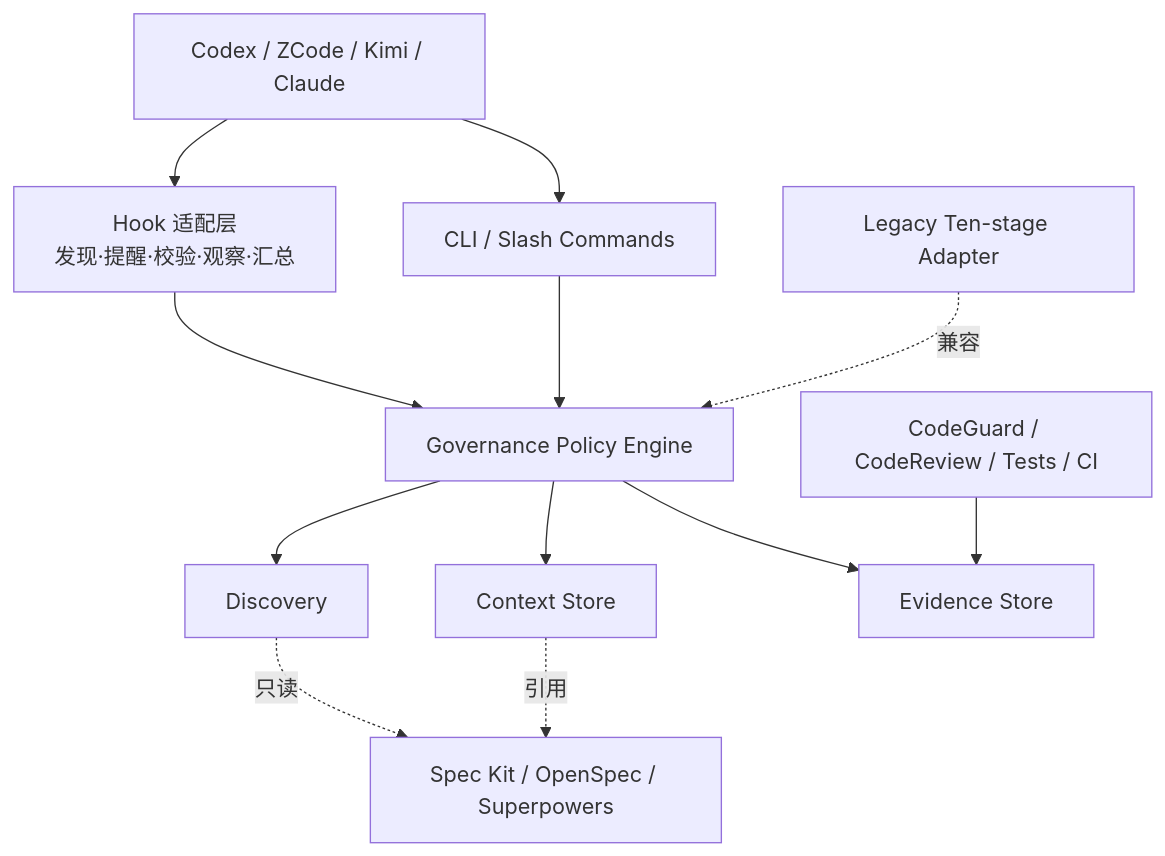
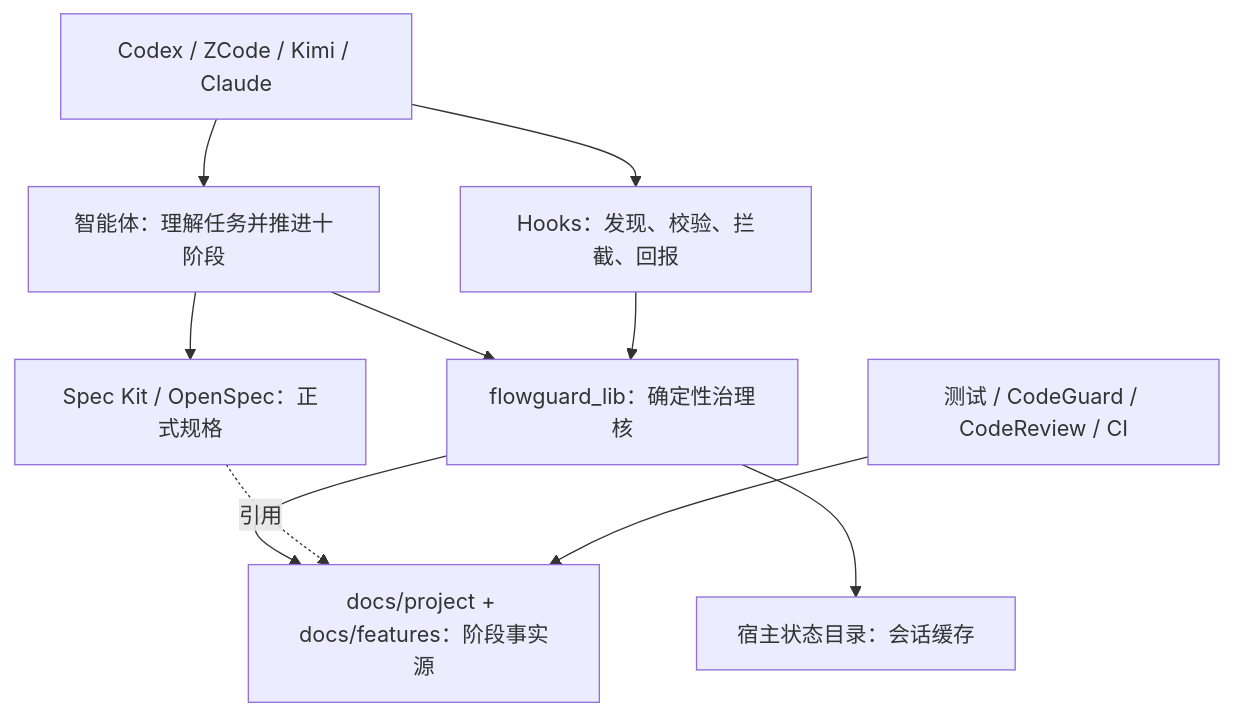
One commit to full-stack-plugins/flowguard-plugin changed the first of 2 diagrams in docs/FlowGuard-Architecture.zh_CN.md. Above: the diagram before and after it, drawn with Mermaid. The commit also changed other lines of this file and 99 other files, not shown here.

First line of the commit message:
feat(flowguard): 十阶段文档治理与可信门禁收敛

````diff
--- a/docs/FlowGuard-Architecture.zh_CN.md
+++ b/docs/FlowGuard-Architecture.zh_CN.md
@@ -56,25 +29,20 @@
 ```mermaid
 flowchart TB
     Host[Codex / ZCode / Kimi / Claude]
-    Hooks[Hook 适配层<br/>发现·提醒·校验·观察·汇总]
-    CLI[CLI / Slash Commands]
-    Policy[Governance Policy Engine]
-    Discovery[Discovery]
-    Context[Context Store]
-    Evidence[Evidence Store]
-    Native[Spec Kit / OpenSpec / Superpowers]
-    Producers[CodeGuard / CodeReview / Tests / CI]
-    Legacy[Legacy Ten-stage Adapter]
-
+    Agent[智能体：理解任务并推进十阶段]
+    Hooks[Hooks：发现、校验、拦截、回报]
+    Core[flowguard_lib：确定性治理核]
+    Docs[docs/project + docs/features：阶段事实源]
+    Runtime[宿主状态目录：会话缓存]
+    Native[Spec Kit / OpenSpec：正式规格]
+    Proof[测试 / CodeGuard / CodeReview / CI]
+    Host --> Agent
     Host --> Hooks
-    Host --> CLI
-    Hooks --> Policy
-    CLI --> Policy
-    Policy --> Discovery
-    Policy --> Context
-    Policy --> Evidence
-    Discovery -.只读.-> Native
-    Context -.引用.-> Native
-    Producers --> Evidence
-    Legacy -.兼容.-> Policy
+    Agent --> Core
+    Hooks --> Core
+    Core --> Docs
+    Core --> Runtime
+    Agent --> Native
+    Native -.引用.-> Docs
+    Proof --> Docs
 ```
````
